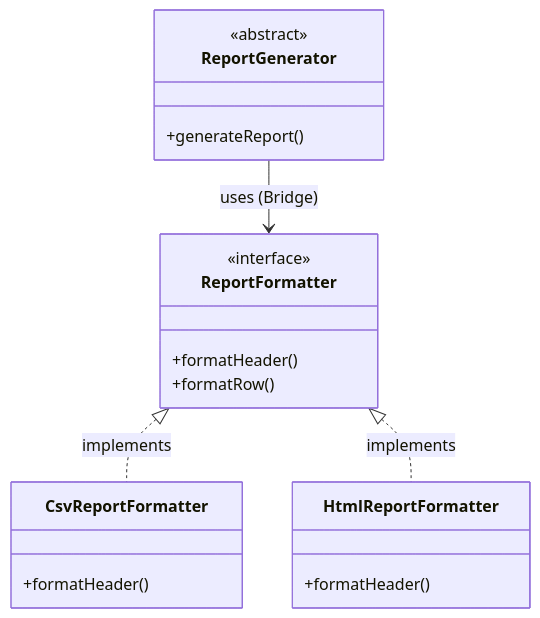
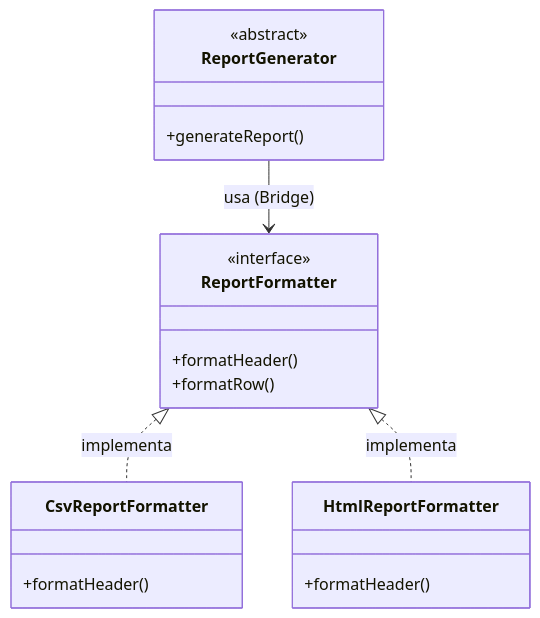
The third of 3 diagrams in README.md (WilberC/design_patterns), drawn with Mermaid before and after one commit. The commit also changed other lines of this file and 1 other file, not shown here.

````diff
--- a/README.md
+++ b/README.md
@@ -94,21 +96,21 @@
 ```mermaid
 classDiagram
     class ReportGenerator {
         <<abstract>>
         +generateReport()
     }
     class ReportFormatter {
         <<interface>>
         +formatHeader()
         +formatRow()
     }
     class CsvReportFormatter {
         +formatHeader()
     }
     class HtmlReportFormatter {
         +formatHeader()
     }
-    ReportGenerator --> ReportFormatter : uses (Bridge)
-    ReportFormatter <|.. CsvReportFormatter : implements
-    ReportFormatter <|.. HtmlReportFormatter : implements
+    ReportGenerator --> ReportFormatter : usa (Bridge)
+    ReportFormatter <|.. CsvReportFormatter : implementa
+    ReportFormatter <|.. HtmlReportFormatter : implementa
 ```
````
